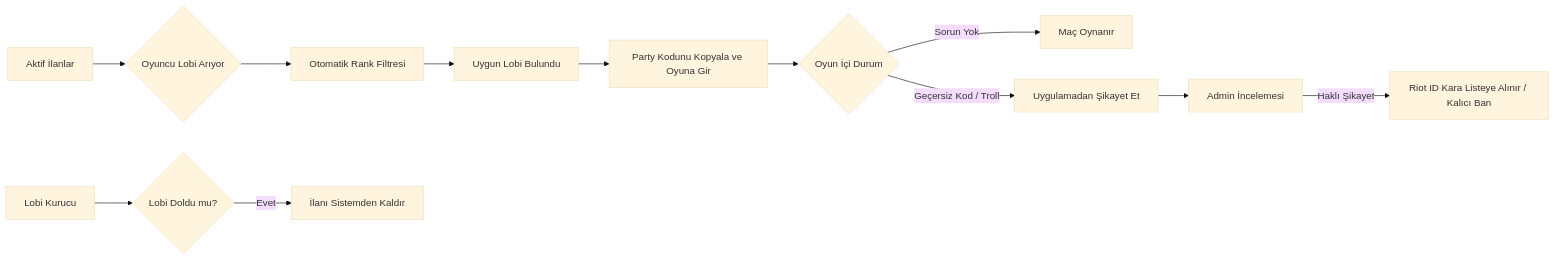
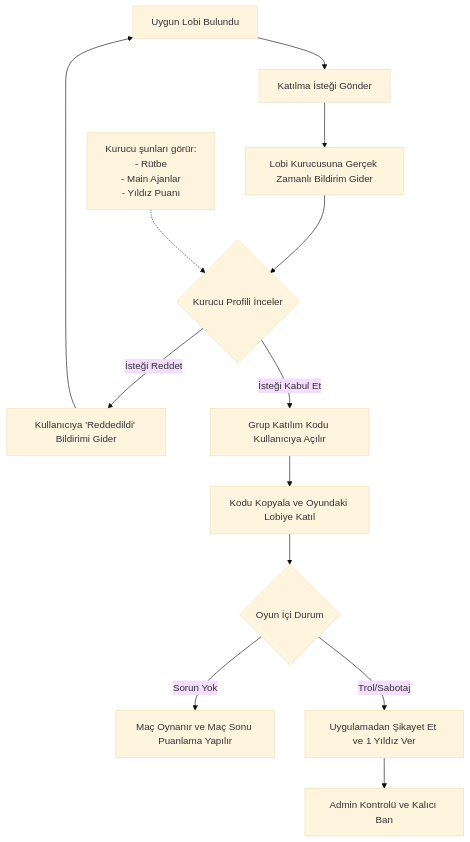
The diagram in design/lobi_ve_ban_sistemi.md (omerb4l/PreFinder), drawn with Mermaid (base theme) before and after one commit.

Commit message:
Sistemin mantığını biraz daha düzenledim.

````diff
--- a/design/lobi_ve_ban_sistemi.md
+++ b/design/lobi_ve_ban_sistemi.md
@@ -1,17 +1,20 @@
 ```mermaid
-graph LR
-    A[Aktif İlanlar] --> B{Oyuncu Lobi Arıyor}
-    B --> C[Otomatik Rank Filtresi]
-    C --> D[Uygun Lobi Bulundu]
-    D --> E[Party Kodunu Kopyala ve Oyuna Gir]
+graph TD
+    A[Uygun Lobi Bulundu] --> B[Katılma İsteği Gönder]
+    B --> C[Lobi Kurucusuna Gerçek Zamanlı Bildirim Gider]
     
-    E --> F{Oyun İçi Durum}
-    F -- Sorun Yok --> G[Maç Oynanır]
-    F -- Geçersiz Kod / Troll --> H[Uygulamadan Şikayet Et]
+    C --> D{Kurucu Profili İnceler}
+    note1[Kurucu şunları görür:<br>- Rütbe<br>- Main Ajanlar<br>- Yıldız Puanı] -.-> D
     
-    H --> I[Admin İncelemesi]
-    I -- Haklı Şikayet --> J[Riot ID Kara Listeye Alınır / Kalıcı Ban]
+    D -- İsteği Reddet --> E[Kullanıcıya 'Reddedildi' Bildirimi Gider]
+    E --> A
     
-    K[Lobi Kurucu] --> L{Lobi Doldu mu?}
-    L -- Evet --> M[İlanı Sistemden Kaldır]
+    D -- İsteği Kabul Et --> F[Grup Katılım Kodu Kullanıcıya Açılır]
+    F --> G[Kodu Kopyala ve Oyundaki Lobiye Katıl]
+    
+    G --> H{Oyun İçi Durum}
+    H -- Sorun Yok --> I[Maç Oynanır ve Maç Sonu Puanlama Yapılır]
+    H -- Trol/Sabotaj --> J[Uygulamadan Şikayet Et ve 1 Yıldız Ver]
+    
+    J --> K[Admin Kontrolü ve Kalıcı Ban]
 ```
````
